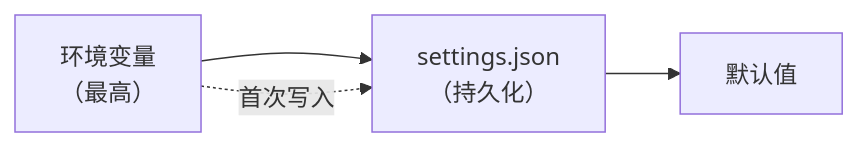
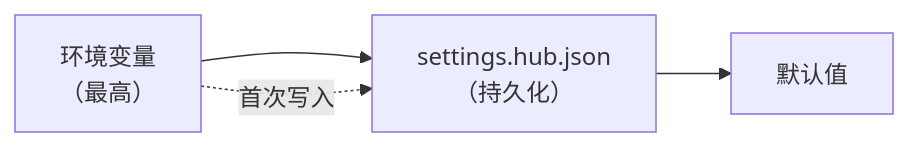
Before and after one commit to ModuBit/mobi: the second of 6 diagrams in docs/architecture/hub/config/README.md, drawn with Mermaid. The commit also changed other lines of this file and 37 other files, not shown here.

First line of the commit message:
feat(hub,cli,docs): 配置文件拆分 settings.hub.json + settings.cli.json，hub 与 cli 支持不同机器部署

````diff
--- a/docs/architecture/hub/config/README.md
+++ b/docs/architecture/hub/config/README.md
@@ -13,5 +38,5 @@
 ```mermaid
 flowchart LR
-    ENV["环境变量<br/>（最高）"] --> File["settings.json<br/>（持久化）"] --> Default["默认值"]
+    ENV["环境变量<br/>（最高）"] --> File["settings.hub.json<br/>（持久化）"] --> Default["默认值"]
     ENV -.->|"首次写入"| File
 ```
````
